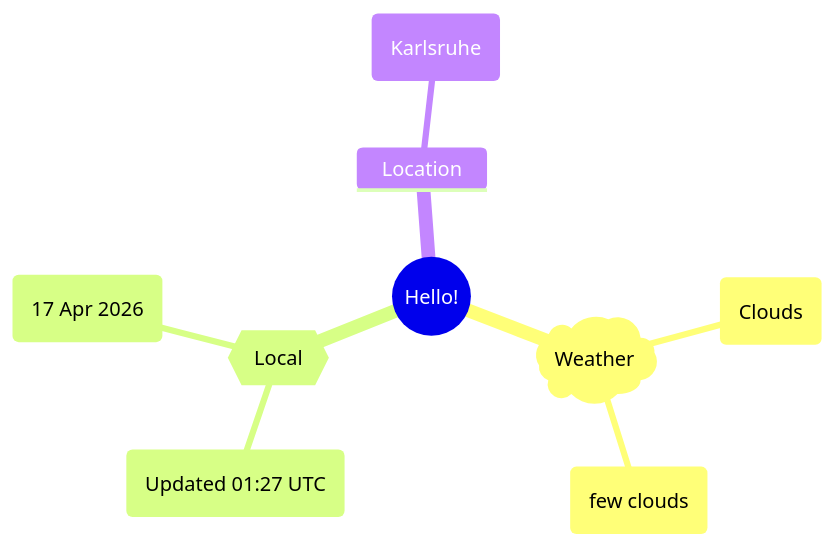
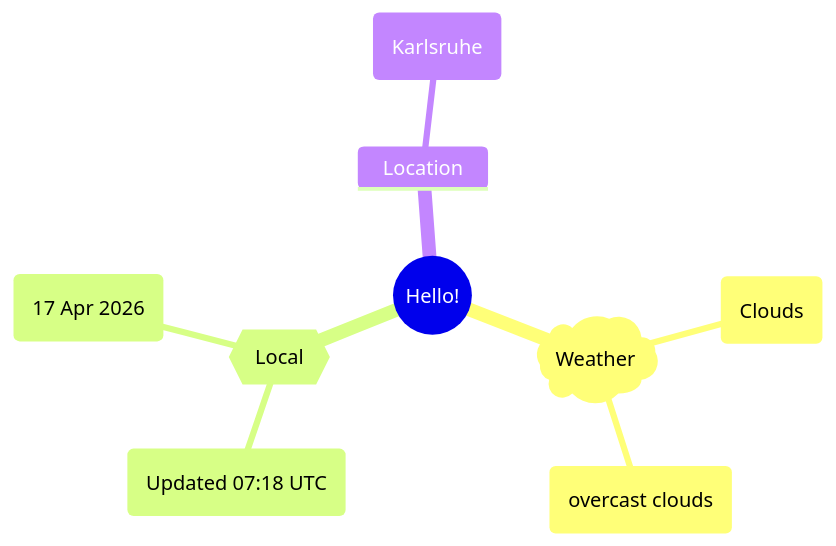
The first of 2 diagrams in README.md (Xosrov/Xosrov), drawn with Mermaid before and after one commit.

Commit message:
[bot] updated images

````diff
--- a/README.md
+++ b/README.md
@@ -3,12 +3,12 @@
 ```mermaid
 mindmap
   root((Hello!))
     )Weather(
         (Clouds)
-        (few clouds)
+        (overcast clouds)
     {{Local}}
-        (Updated 01:27 UTC)
+        (Updated 07:18 UTC)
         (17 Apr 2026)
     Location
         (Karlsruhe)
 ```
````
